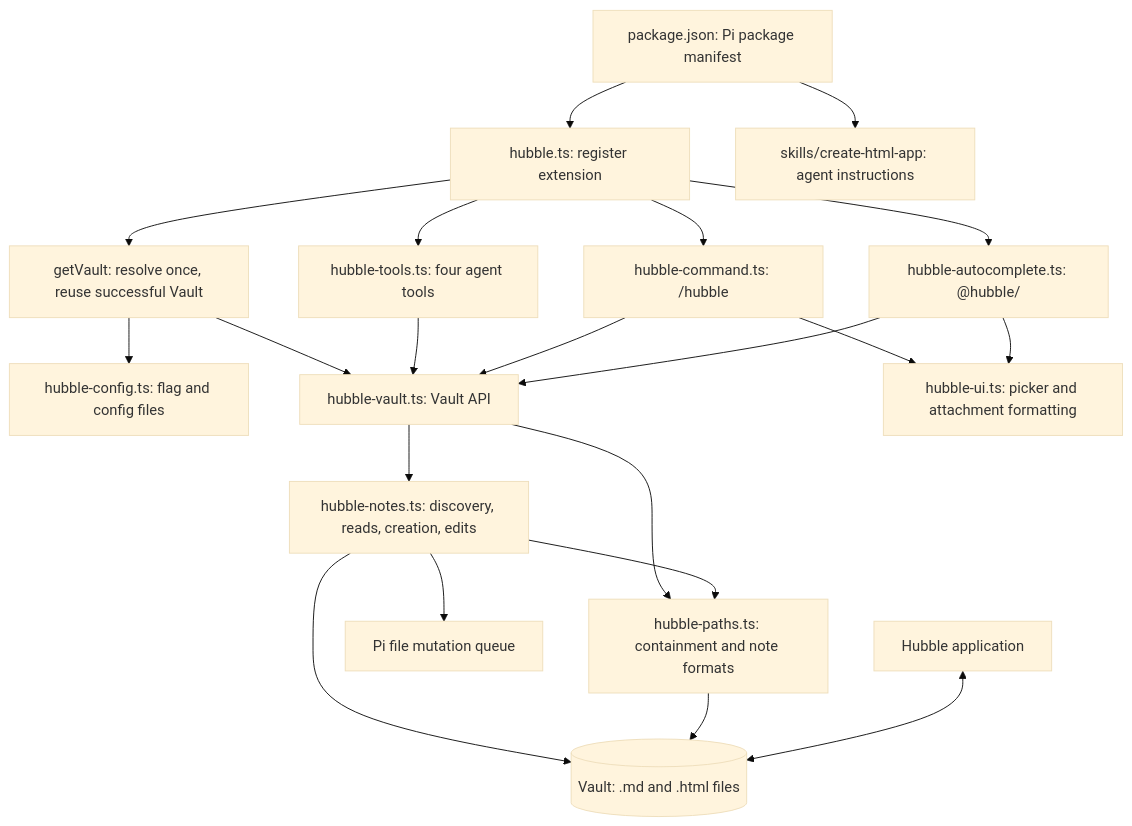
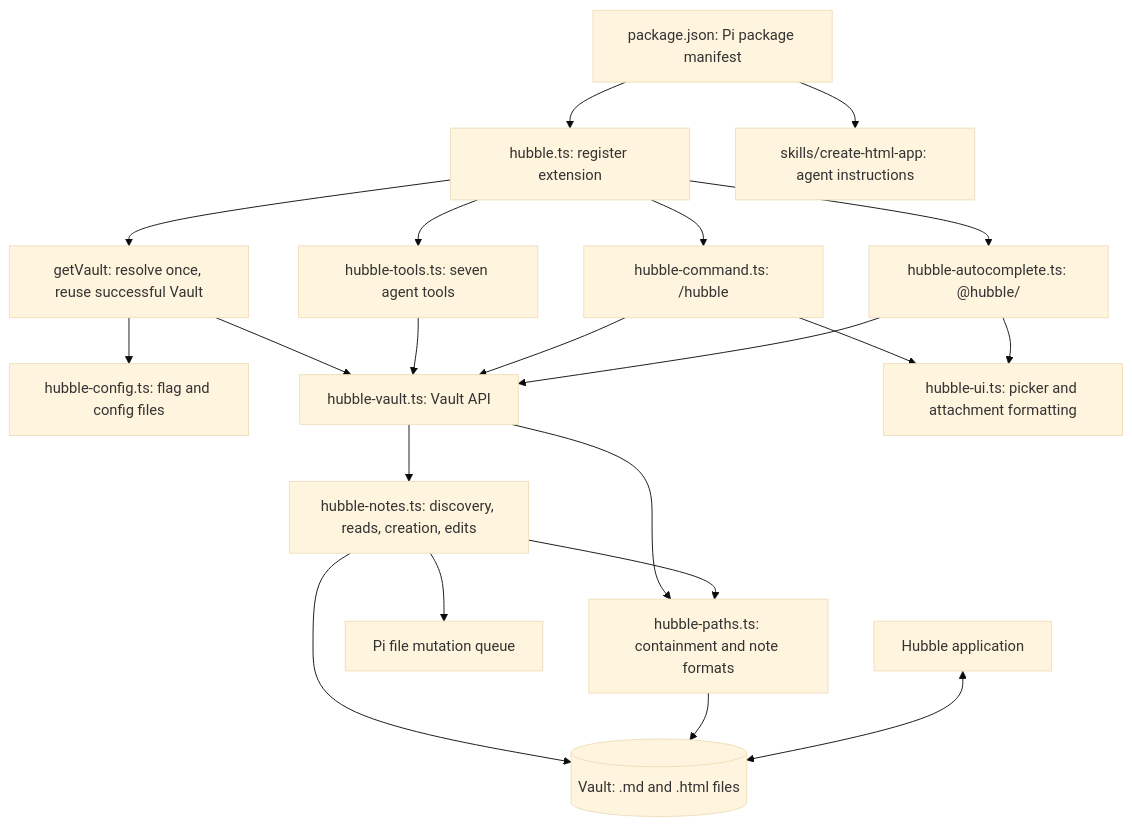
Before and after one commit to jer-k/pi-hubble: the first of 3 diagrams in ARCHITECTURE.md, drawn with Mermaid (base theme). The commit also changed other lines of this file and 12 other files, not shown here.

````diff
--- a/ARCHITECTURE.md
+++ b/ARCHITECTURE.md
@@ -17,23 +17,23 @@
 ```mermaid
 flowchart TD
     Package["package.json: Pi package manifest"] --> Entry["hubble.ts: register extension"]
     Package --> Skill["skills/create-html-app: agent instructions"]
-    Entry --> Tools["hubble-tools.ts: four agent tools"]
+    Entry --> Tools["hubble-tools.ts: seven agent tools"]
     Entry --> Command["hubble-command.ts: /hubble"]
     Entry --> Auto["hubble-autocomplete.ts: @hubble/"]
     Entry --> GetVault["getVault: resolve once, reuse successful Vault"]
     GetVault --> Config["hubble-config.ts: flag and config files"]
     GetVault --> Vault["hubble-vault.ts: Vault API"]
     Tools --> Vault
     Command --> Vault
     Auto --> Vault
     Command --> UI["hubble-ui.ts: picker and attachment formatting"]
     Auto --> UI
     Vault --> Paths["hubble-paths.ts: containment and note formats"]
     Vault --> Notes["hubble-notes.ts: discovery, reads, creation, edits"]
     Notes --> Paths
     Notes --> Queue["Pi file mutation queue"]
     Notes --> Files[("Vault: .md and .html files")]
     Paths --> Files
     Hubble["Hubble application"] <--> Files
 ```
````
